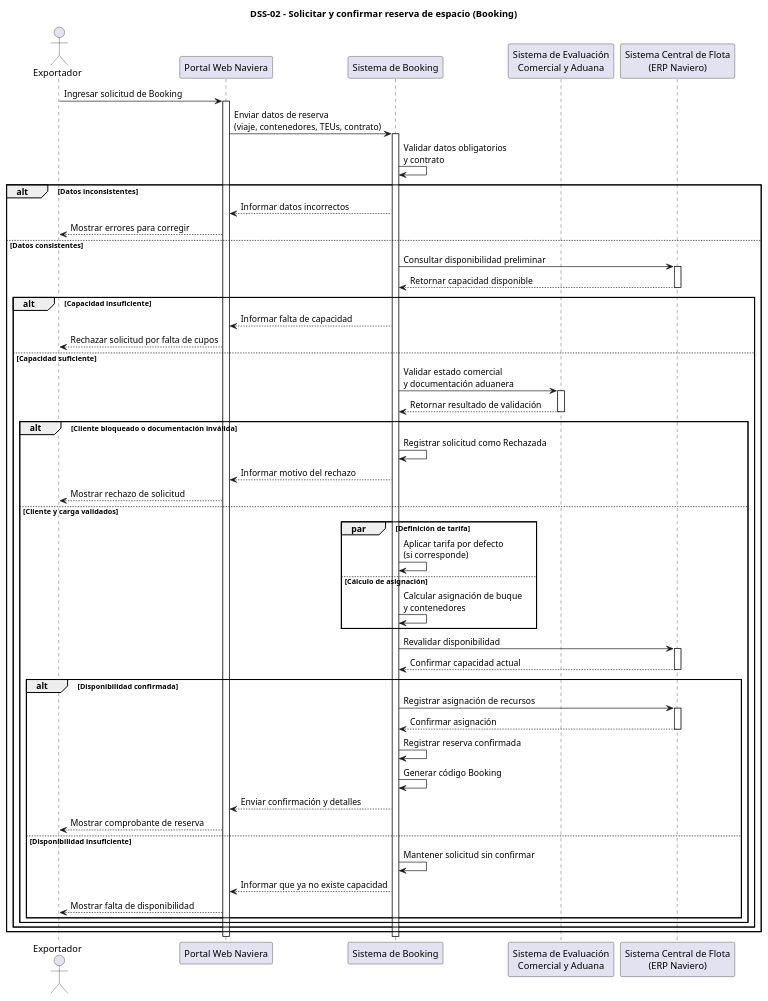
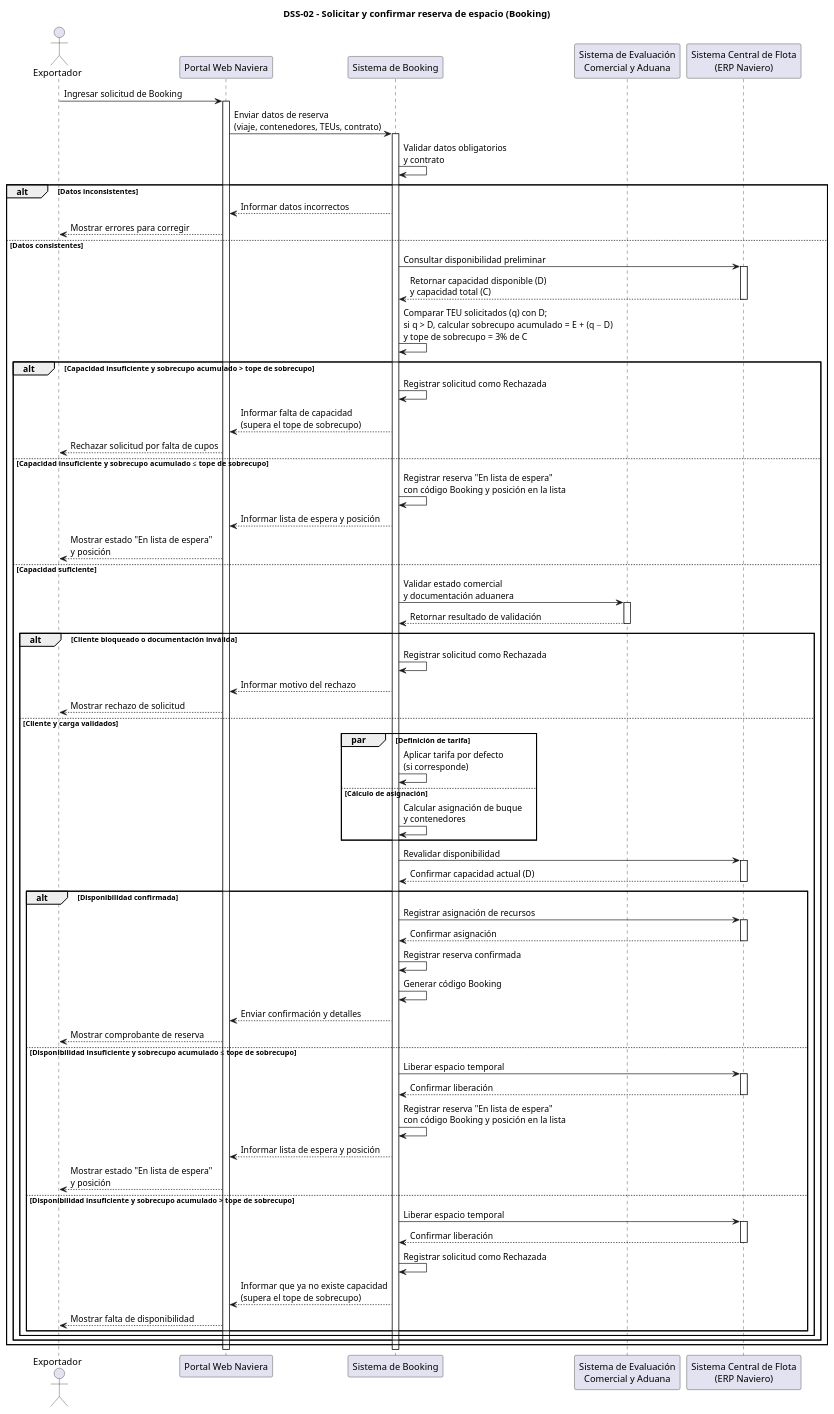
Before and after one commit to NaviCarga/Navieras: the diagram in diagramas/dss-02.puml, drawn with PlantUML. The commit also changed 2 other files, not shown here.

```diff
--- a/diagramas/dss-02.puml
+++ b/diagramas/dss-02.puml
@@ -2,80 +2,103 @@
 @startuml
 title DSS-02 - Solicitar y confirmar reserva de espacio (Booking)
 
 actor "Exportador" as Exportador
 participant "Portal Web Naviera" as Portal
 participant "Sistema de Booking" as Booking
 participant "Sistema de Evaluación\nComercial y Aduana" as Evaluacion
 participant "Sistema Central de Flota\n(ERP Naviero)" as ERP
 
 Exportador -> Portal: Ingresar solicitud de Booking
 activate Portal
 
 Portal -> Booking: Enviar datos de reserva\n(viaje, contenedores, TEUs, contrato)
 activate Booking
 
 Booking -> Booking: Validar datos obligatorios\ny contrato
 
 alt Datos inconsistentes
     Booking --> Portal: Informar datos incorrectos
     Portal --> Exportador: Mostrar errores para corregir
 else Datos consistentes
 
     Booking -> ERP: Consultar disponibilidad preliminar
     activate ERP
-    ERP --> Booking: Retornar capacidad disponible
+    ERP --> Booking: Retornar capacidad disponible (D)\ny capacidad total (C)
     deactivate ERP
 
-    alt Capacidad insuficiente
-        Booking --> Portal: Informar falta de capacidad
+    Booking -> Booking: Comparar TEU solicitados (q) con D;\nsi q > D, calcular sobrecupo acumulado = E + (q − D)\ny tope de sobrecupo = 3% de C
+
+    alt Capacidad insuficiente y sobrecupo acumulado > tope de sobrecupo
+        Booking -> Booking: Registrar solicitud como Rechazada
+        Booking --> Portal: Informar falta de capacidad\n(supera el tope de sobrecupo)
         Portal --> Exportador: Rechazar solicitud por falta de cupos
+
+    else Capacidad insuficiente y sobrecupo acumulado ≤ tope de sobrecupo
+        Booking -> Booking: Registrar reserva "En lista de espera"\ncon código Booking y posición en la lista
+        Booking --> Portal: Informar lista de espera y posición
+        Portal --> Exportador: Mostrar estado "En lista de espera"\ny posición
 
     else Capacidad suficiente
 
         Booking -> Evaluacion: Validar estado comercial\ny documentación aduanera
         activate Evaluacion
         Evaluacion --> Booking: Retornar resultado de validación
         deactivate Evaluacion
 
         alt Cliente bloqueado o documentación inválida
             Booking -> Booking: Registrar solicitud como Rechazada
             Booking --> Portal: Informar motivo del rechazo
             Portal --> Exportador: Mostrar rechazo de solicitud
 
         else Cliente y carga validados
 
             par Definición de tarifa
                 Booking -> Booking: Aplicar tarifa por defecto\n(si corresponde)
             else Cálculo de asignación
                 Booking -> Booking: Calcular asignación de buque\ny contenedores
             end
 
             Booking -> ERP: Revalidar disponibilidad
             activate ERP
-            ERP --> Booking: Confirmar capacidad actual
+            ERP --> Booking: Confirmar capacidad actual (D)
             deactivate ERP
 
             alt Disponibilidad confirmada
                 Booking -> ERP: Registrar asignación de recursos
                 activate ERP
                 ERP --> Booking: Confirmar asignación
                 deactivate ERP
 
                 Booking -> Booking: Registrar reserva confirmada
                 Booking -> Booking: Generar código Booking
 
                 Booking --> Portal: Enviar confirmación y detalles
                 Portal --> Exportador: Mostrar comprobante de reserva
 
-            else Disponibilidad insuficiente
-                Booking -> Booking: Mantener solicitud sin confirmar
-                Booking --> Portal: Informar que ya no existe capacidad
+            else Disponibilidad insuficiente y sobrecupo acumulado ≤ tope de sobrecupo
+                Booking -> ERP: Liberar espacio temporal
+                activate ERP
+                ERP --> Booking: Confirmar liberación
+                deactivate ERP
+
+                Booking -> Booking: Registrar reserva "En lista de espera"\ncon código Booking y posición en la lista
+                Booking --> Portal: Informar lista de espera y posición
+                Portal --> Exportador: Mostrar estado "En lista de espera"\ny posición
+
+            else Disponibilidad insuficiente y sobrecupo acumulado > tope de sobrecupo
+                Booking -> ERP: Liberar espacio temporal
+                activate ERP
+                ERP --> Booking: Confirmar liberación
+                deactivate ERP
+
+                Booking -> Booking: Registrar solicitud como Rechazada
+                Booking --> Portal: Informar que ya no existe capacidad\n(supera el tope de sobrecupo)
                 Portal --> Exportador: Mostrar falta de disponibilidad
             end
         end
     end
 end
 
 deactivate Booking
 deactivate Portal
 @enduml
```
